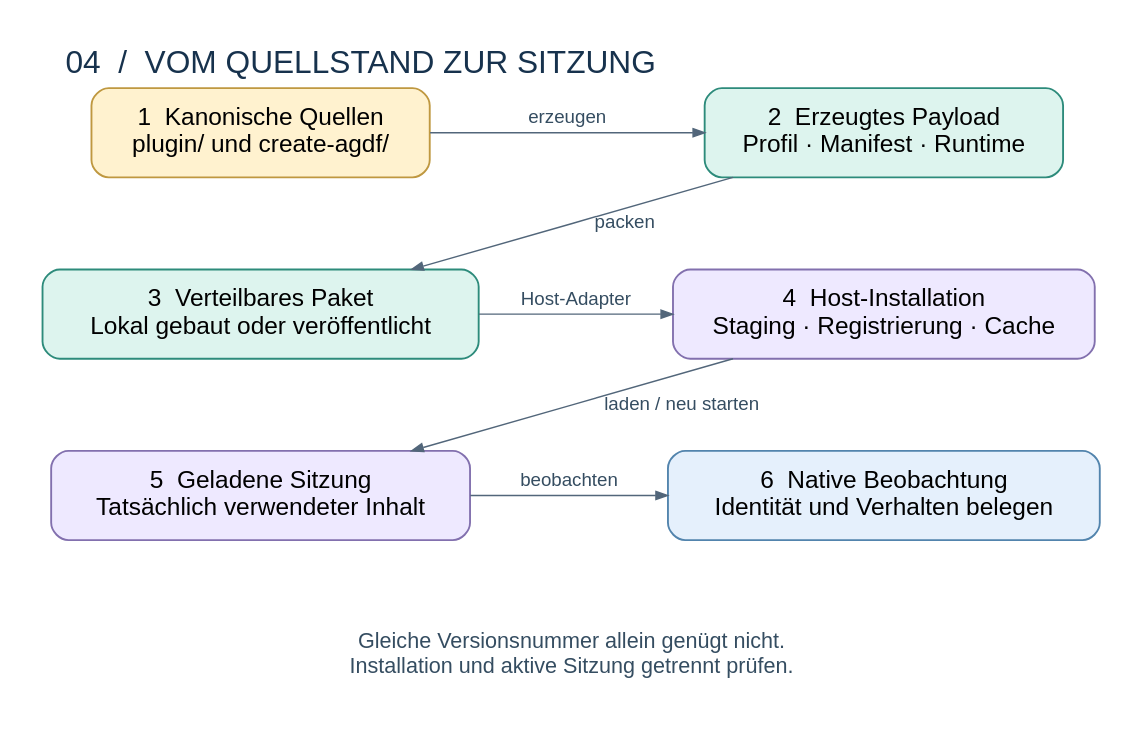
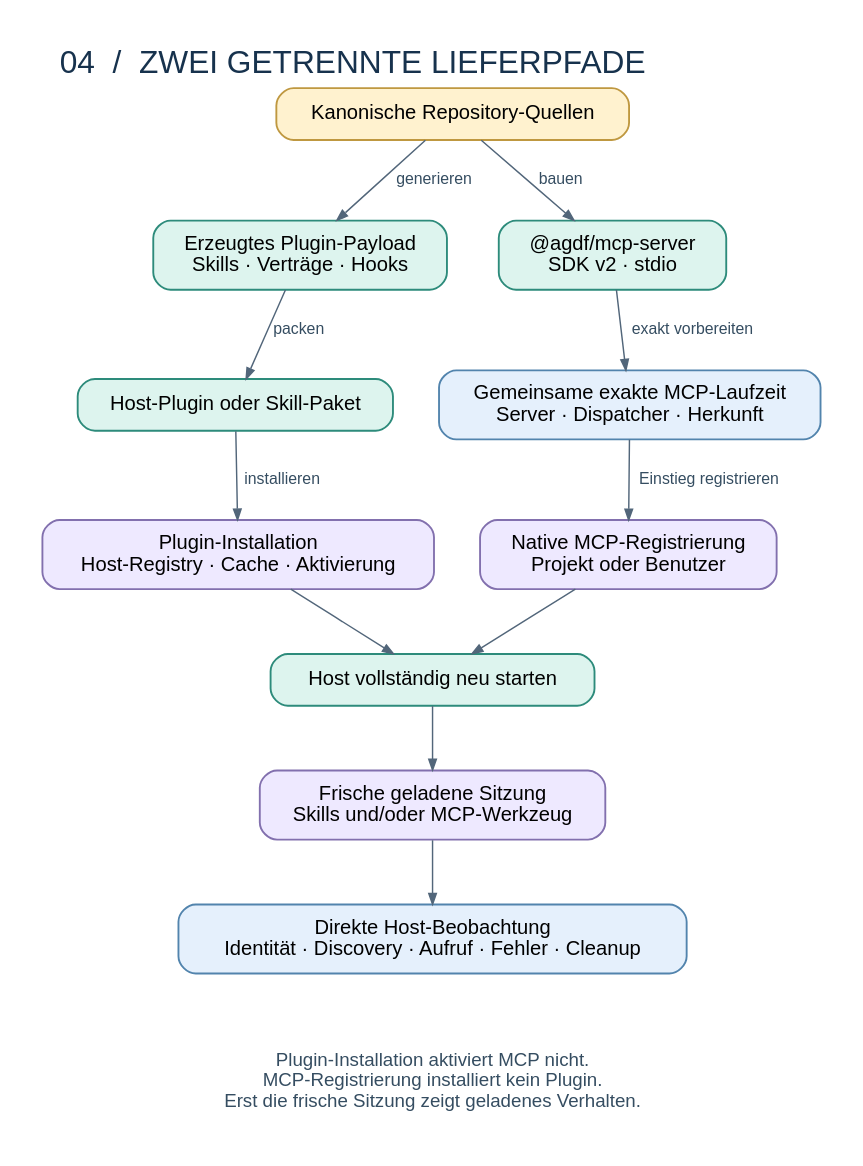
The diagram in docs/architecture/diagrams/04-distribution.dot (ArndtGold/ai-native-governance-delivery-framework), drawn with Graphviz before and after one commit. The commit also changed 16 other files, not shown here.

First line of the commit message:
docs: update AGDF architecture documentation and lifecycle diagrams

```diff
--- a/docs/architecture/diagrams/04-distribution.dot
+++ b/docs/architecture/diagrams/04-distribution.dot
@@ -1,26 +1,38 @@
 digraph distribution {
-  graph [rankdir=TB, bgcolor="white", pad=0.3, nodesep=0.65, ranksep=0.7, fontname="Helvetica", label="04  /  VOM QUELLSTAND ZUR SITZUNG", labelloc=t, labeljust=l, fontsize=22, fontcolor="#17324D"];
-  node [shape=box, style="rounded,filled", color="#2D8B7B", fillcolor="#DDF4EE", fontname="Helvetica", fontsize=17, margin="0.22,0.16", penwidth=1.3];
-  edge [color="#52667A", arrowsize=0.8, fontname="Helvetica", fontsize=13, fontcolor="#354D61"];
-  source [label="1  Kanonische Quellen\nplugin/ und create-agdf/", fillcolor="#FFF2CF", color="#BF9840"];
-  generated [label="2  Erzeugtes Payload\nProfil · Manifest · Runtime"];
-  package [label="3  Verteilbares Paket\nLokal gebaut oder veröffentlicht"];
-  installed [label="4  Host-Installation\nStaging · Registrierung · Cache", fillcolor="#EEE9FF", color="#8270AE"];
-  loaded [label="5  Geladene Sitzung\nTatsächlich verwendeter Inhalt", fillcolor="#EEE9FF", color="#8270AE"];
-  observed [label="6  Native Beobachtung\nIdentität und Verhalten belegen", fillcolor="#E5F0FC", color="#5284AD"];
-  warning [label="Gleiche Versionsnummer allein genügt nicht.\nInstallation und aktive Sitzung getrennt prüfen.", shape=plaintext, fillcolor="white", fontcolor="#354D61", fontsize=15];
-  source -> generated [label="erzeugen"];
-  generated -> package [label="packen"];
-  package -> installed [label="Host-Adapter"];
-  installed -> loaded [label="laden / neu starten"];
-  loaded -> observed [label="beobachten"];
-  source -> package [style=invis, weight=50];
-  package -> loaded [style=invis, weight=50];
-  generated -> installed [style=invis, weight=50];
-  installed -> observed [style=invis, weight=50];
-  observed -> warning [style=invis];
-  loaded -> warning [style=invis];
-  {rank=same; source; generated;}
-  {rank=same; package; installed;}
-  {rank=same; loaded; observed;}
+  graph [rankdir=TB, bgcolor="white", pad=0.3, nodesep=0.45, ranksep=0.6, fontname="Helvetica", label="04  /  ZWEI GETRENNTE LIEFERPFADE", labelloc=t, labeljust=l, fontsize=22, fontcolor="#17324D"];
+  node [shape=box, style="rounded,filled", color="#2D8B7B", fillcolor="#DDF4EE", fontname="Helvetica", fontsize=14, margin="0.19,0.13", penwidth=1.3];
+  edge [color="#52667A", arrowsize=0.75, fontname="Helvetica", fontsize=11, fontcolor="#354D61"];
+
+  source [label="Kanonische Repository-Quellen", fillcolor="#FFF2CF", color="#BF9840"];
+
+  plugin_payload [label="Erzeugtes Plugin-Payload\nSkills · Verträge · Hooks"];
+  plugin_package [label="Host-Plugin oder Skill-Paket"];
+  plugin_install [label="Plugin-Installation\nHost-Registry · Cache · Aktivierung", fillcolor="#EEE9FF", color="#8270AE"];
+
+  mcp_package [label="@agdf/mcp-server\nSDK v2 · stdio"];
+  runtime [label="Gemeinsame exakte MCP-Laufzeit\nServer · Dispatcher · Herkunft", fillcolor="#E5F0FC", color="#5284AD"];
+  registration [label="Native MCP-Registrierung\nProjekt oder Benutzer", fillcolor="#EEE9FF", color="#8270AE"];
+
+  restart [label="Host vollständig neu starten"];
+  loaded [label="Frische geladene Sitzung\nSkills und/oder MCP-Werkzeug", fillcolor="#EEE9FF", color="#8270AE"];
+  observed [label="Direkte Host-Beobachtung\nIdentität · Discovery · Aufruf · Fehler · Cleanup", fillcolor="#E5F0FC", color="#5284AD"];
+  note [label="Plugin-Installation aktiviert MCP nicht.\nMCP-Registrierung installiert kein Plugin.\nErst die frische Sitzung zeigt geladenes Verhalten.", shape=plaintext, fillcolor="white", fontcolor="#354D61", fontsize=13];
+
+  source -> plugin_payload [label="generieren"];
+  plugin_payload -> plugin_package [label="packen"];
+  plugin_package -> plugin_install [label="installieren"];
+
+  source -> mcp_package [label="bauen"];
+  mcp_package -> runtime [label="exakt vorbereiten"];
+  runtime -> registration [label="Einstieg registrieren"];
+
+  plugin_install -> restart;
+  registration -> restart;
+  restart -> loaded;
+  loaded -> observed;
+  observed -> note [style=invis];
+
+  {rank=same; plugin_payload; mcp_package;}
+  {rank=same; plugin_package; runtime;}
+  {rank=same; plugin_install; registration;}
 }
```
